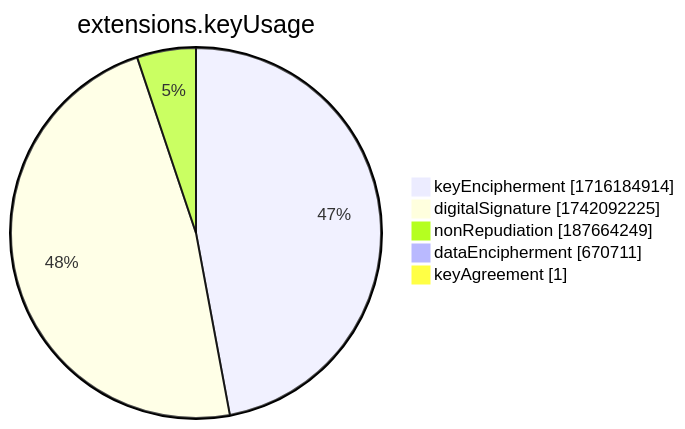
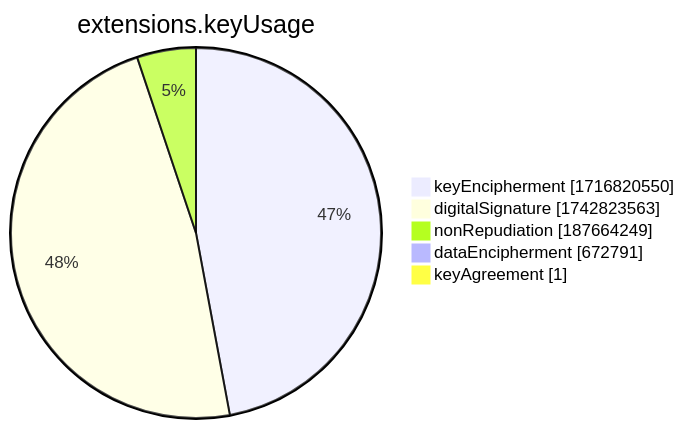
One commit to christiankrug/ctmonitor_visualization changed the seventh of 15 diagrams in xenon2022/README.md. Above: the diagram before and after it, drawn with Mermaid. The commit also changed other lines of this file, not shown here.

````diff
--- a/xenon2022/README.md
+++ b/xenon2022/README.md
@@ -2858,9 +2858,9 @@
 ```mermaid
 pie showData
 title extensions.keyUsage
-"keyEncipherment" :1716184914
-"digitalSignature" :1742092225
+"keyEncipherment" :1716820550
+"digitalSignature" :1742823563
 "nonRepudiation" :187664249
-"dataEncipherment" :670711
+"dataEncipherment" :672791
 "keyAgreement" :1
 ```
````
